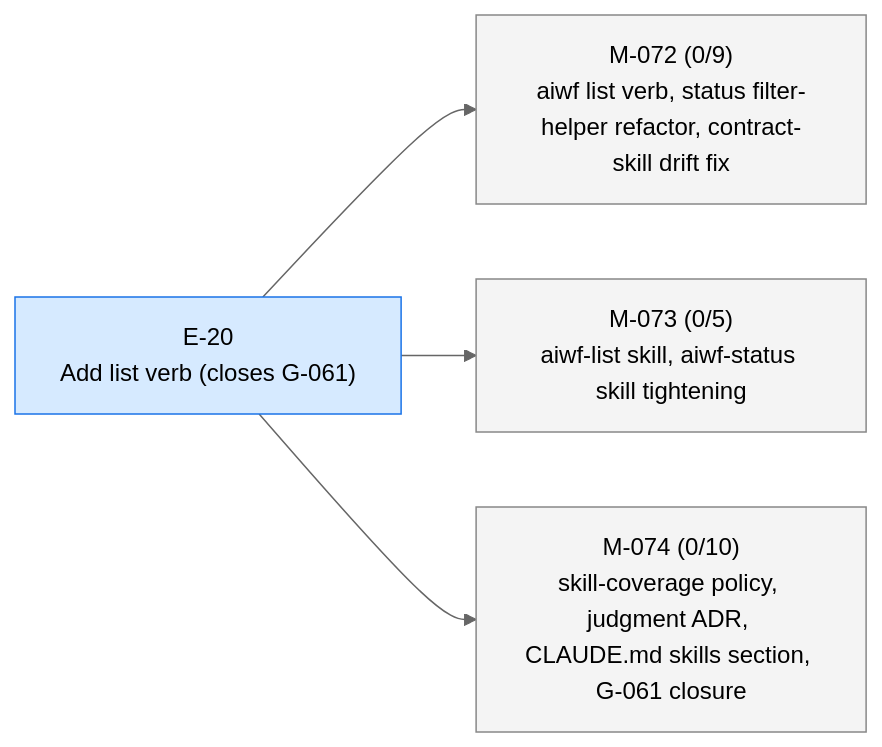
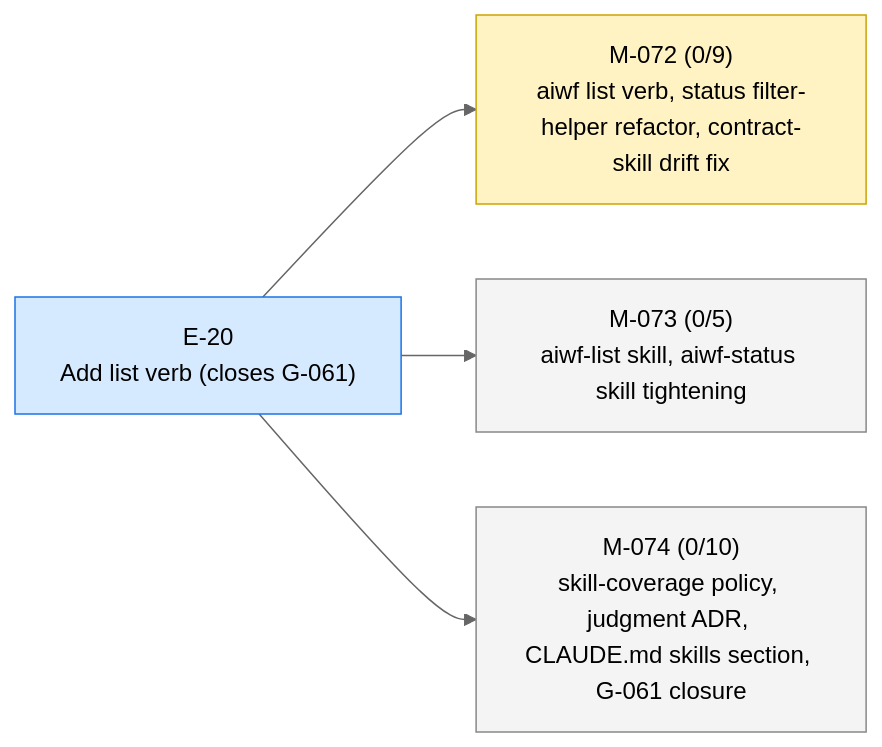
One commit to 23min/aiwf changed the first of 2 diagrams in STATUS.md. Above: the diagram before and after it, drawn with Mermaid (neutral theme). The commit also changed other lines of this file and 1 other file, not shown here.

First line of the commit message:
aiwf promote M-072 draft -> in_progress

````diff
--- a/STATUS.md
+++ b/STATUS.md
@@ -13,16 +13,16 @@
 ```mermaid
 flowchart LR
   E_20["E-20<br/>Add list verb (closes G-061)"]:::epic_active
-  M_072["M-072 (0/9)<br/>aiwf list verb, status filter-helper refactor, contract-skill drift fix"]:::ms_draft
+  M_072["M-072 (0/9)<br/>aiwf list verb, status filter-helper refactor, contract-skill drift fix"]:::ms_in_progress
   E_20 --> M_072
   M_073["M-073 (0/5)<br/>aiwf-list skill, aiwf-status skill tightening"]:::ms_draft
   E_20 --> M_073
   M_074["M-074 (0/10)<br/>skill-coverage policy, judgment ADR, CLAUDE.md skills section, G-061 closure"]:::ms_draft
   E_20 --> M_074
   classDef epic_active fill:#d6eaff,stroke:#1a73e8,color:#000
   classDef epic_proposed fill:#f4f4f4,stroke:#888,color:#000
   classDef ms_done fill:#d8f5d8,stroke:#2a8a2a,color:#000
   classDef ms_in_progress fill:#fff3c4,stroke:#caa400,color:#000
   classDef ms_draft fill:#f4f4f4,stroke:#888,color:#000
   classDef ms_cancelled fill:#fbeaea,stroke:#c33,color:#000
 ```
````
